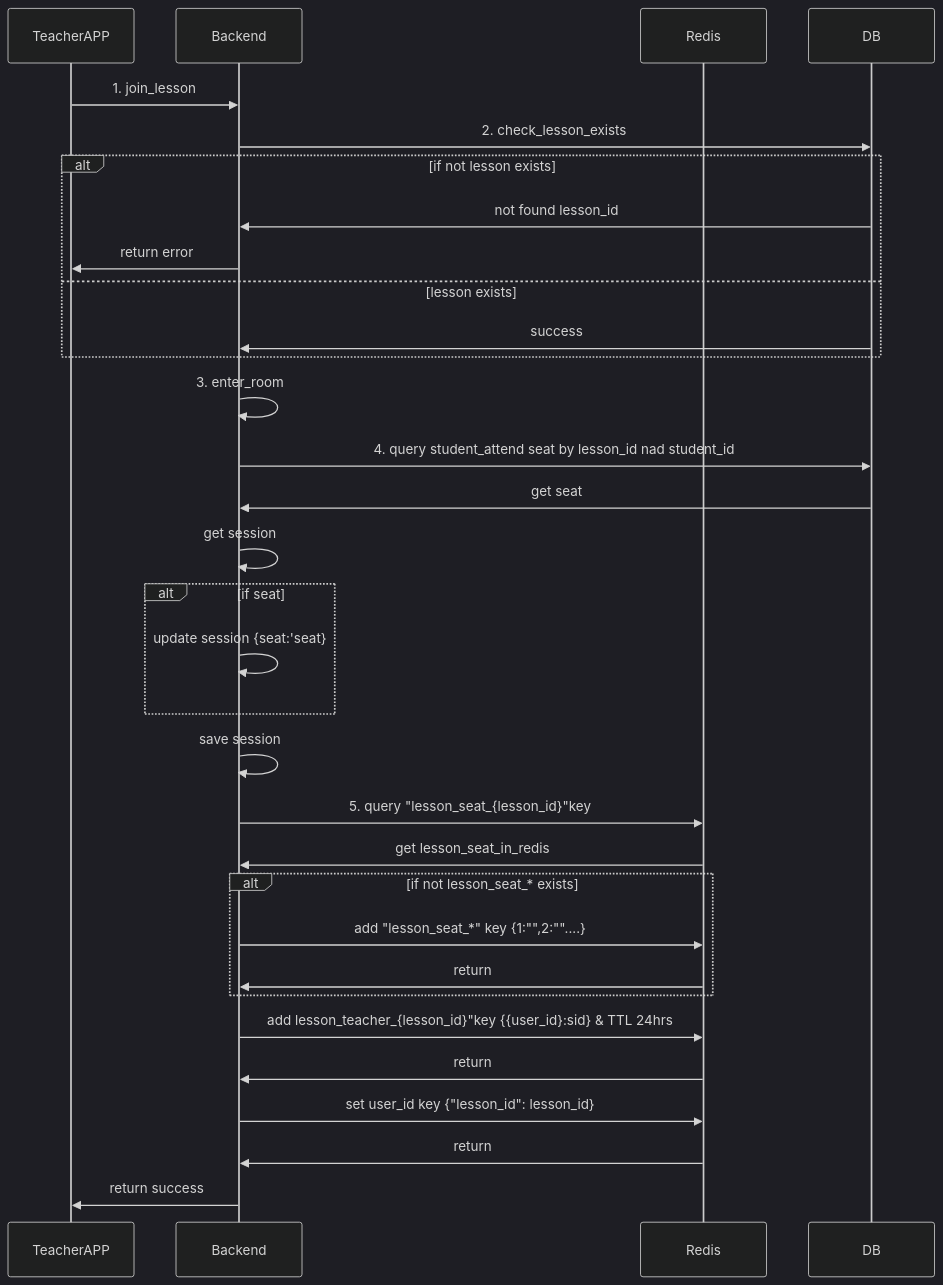
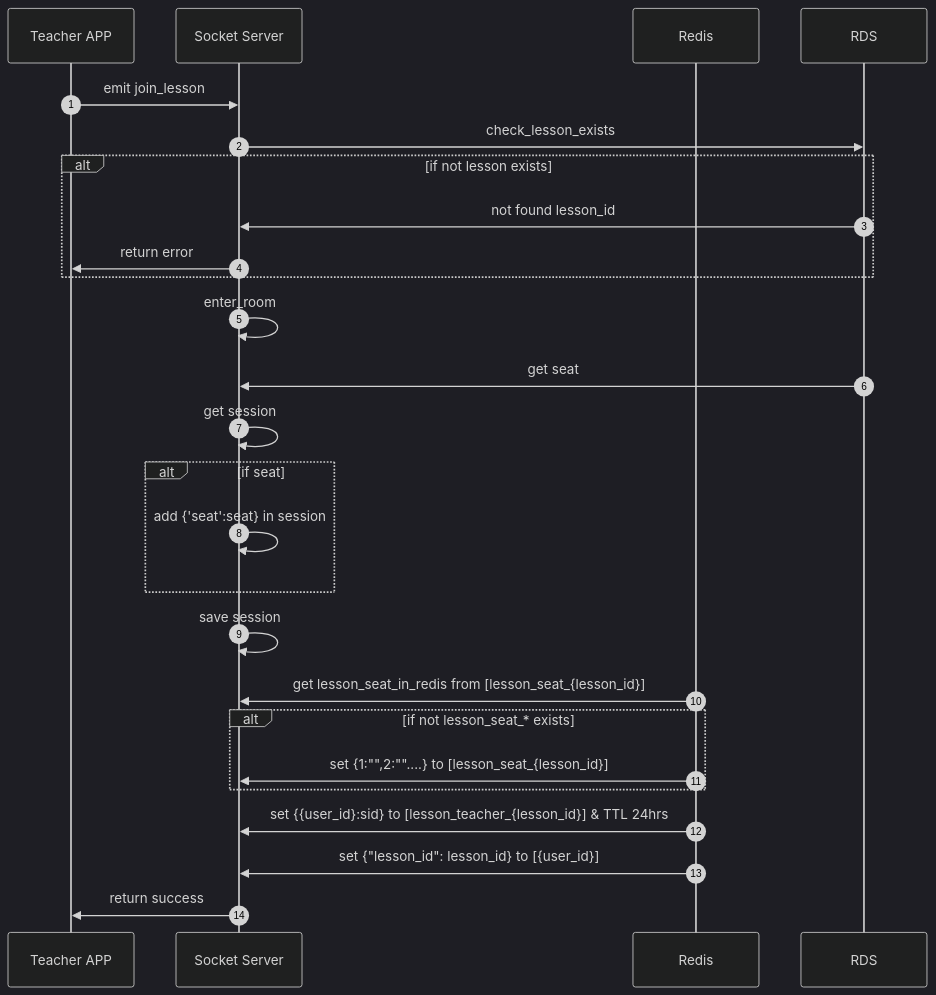
One commit to claire0613/ocelot_docs changed the first of 2 diagrams in socket_event_all/on_join_lesson.md. Above: the diagram before and after it, drawn with Mermaid (dark theme). The commit also changed other lines of this file and 9 other files, not shown here.

````diff
--- a/socket_event_all/on_join_lesson.md
+++ b/socket_event_all/on_join_lesson.md
@@ -43,38 +52,30 @@
-        ```mermaid
+    ```mermaid
         sequenceDiagram
+            autonumber
+            participant A as Teacher APP
+            participant B as Socket Server
+            participant R as Redis
+            participant D as RDS
 
-            participant A as TeacherAPP
-            participant B as Backend
-            participant R as Redis
-            participant D as DB
-
-            A->>B: 1. join_lesson
-            B->>D: 2. check_lesson_exists
+            A->>B: emit join_lesson
+            B->>D: check_lesson_exists
             alt if not lesson exists
               D->>B: not found lesson_id
               B->>A: return error
-            else lesson exists
-               D->>B: success
-
             end
-            B->>B: 3. enter_room
-            B->>D: 4. query student_attend seat by lesson_id nad student_id
+            B->>B: enter_room
             D->>B : get seat
             B->>B : get session
             alt if seat
-                B->>B: update session {seat:'seat}
+                B->>B: add {'seat':seat} in session
             end
             B->>B: save session
-            B->>R: 5. query "lesson_seat_{lesson_id}"key
-            R->>B : get lesson_seat_in_redis
+            R->>B: get lesson_seat_in_redis from [lesson_seat_{lesson_id}]
             alt if not lesson_seat_* exists
-                B->>R: add "lesson_seat_*" key  {1:"",2:""....}
-                R->>B: return
+                R->>B: set  {1:"",2:""....} to [lesson_seat_{lesson_id}]
             end
-            B->>R: add lesson_teacher_{lesson_id}"key {{user_id}:sid} & TTL 24hrs
-            R->>B: return
-            B->>R: set user_id key {"lesson_id": lesson_id}
-            R->>B: return
+            R->>B: set {{user_id}:sid} to [lesson_teacher_{lesson_id}] & TTL 24hrs
+            R->>B: set {"lesson_id": lesson_id} to [{user_id}]
             B->>A: return success
 
-        ```
+    ```
````
